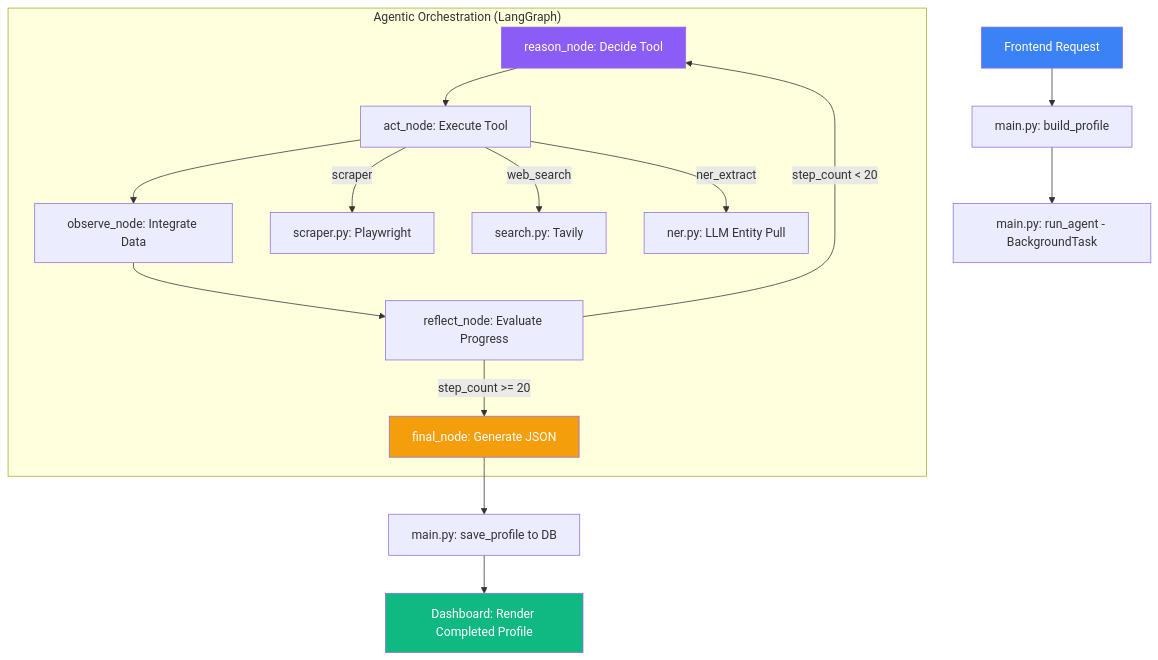
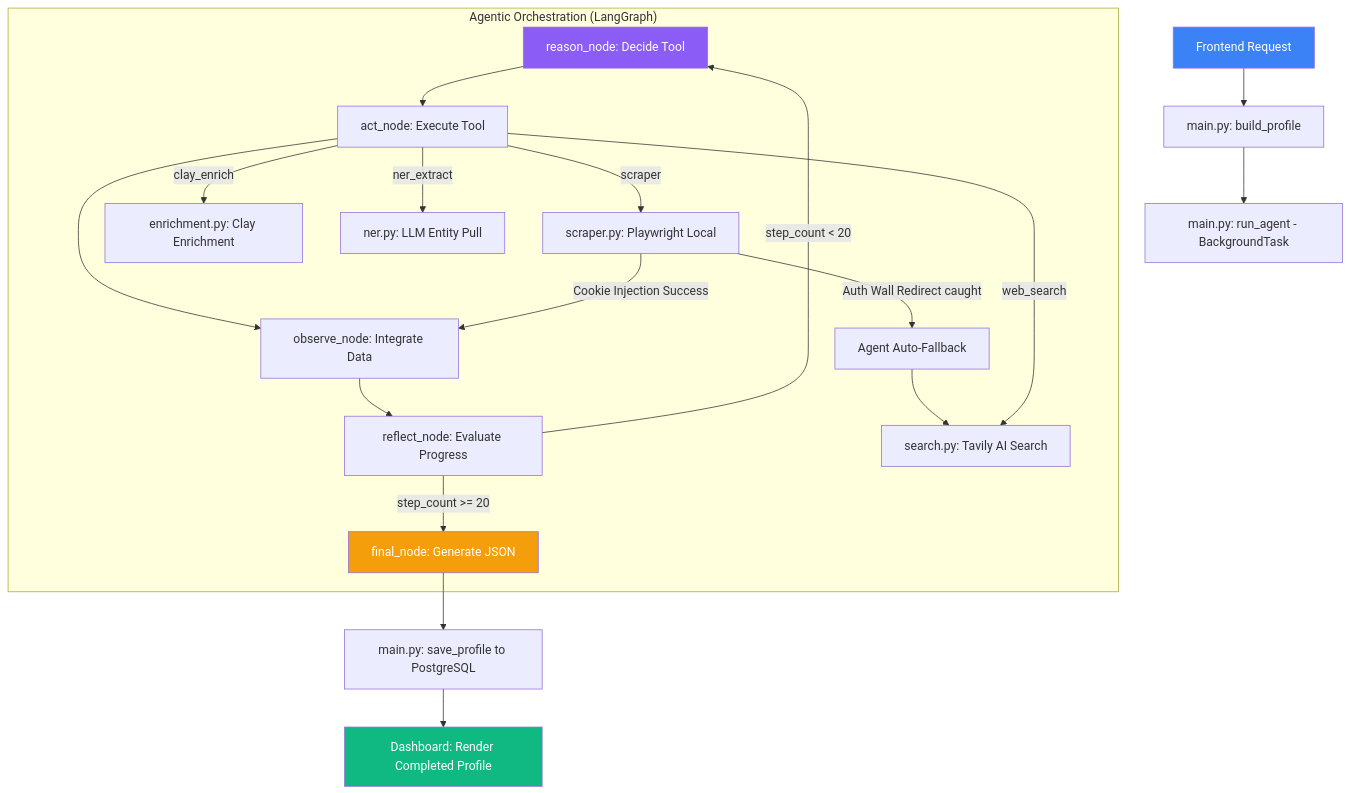
The diagram in PROJECT_WORKFLOW.md (nandhini9074-create/Agentic-AI), drawn with Mermaid before and after one commit. The commit also changed other lines of this file and 12 other files, not shown here.

````diff
--- a/PROJECT_WORKFLOW.md
+++ b/PROJECT_WORKFLOW.md
@@ -56,32 +31,37 @@
 ```mermaid
 graph TD
     %% Entry Point
     Start[Frontend Request] --> API[main.py: build_profile]
     API --> BG[main.py: run_agent - BackgroundTask]
     
     %% The Loop
     subgraph "Agentic Orchestration (LangGraph)"
         R[reason_node: Decide Tool] --> Act[act_node: Execute Tool]
         Act --> Obs[observe_node: Integrate Data]
         Obs --> Ref[reflect_node: Evaluate Progress]
         
         %% Tool Branching
-        Act -->|scraper| S[scraper.py: Playwright]
-        Act -->|web_search| W[search.py: Tavily]
+        Act -->|scraper| S[scraper.py: Playwright Local]
+        S -->|Cookie Injection Success| Obs
+        S -->|Auth Wall Redirect caught| Fallback[Agent Auto-Fallback]
+        Fallback --> W
+        
+        Act -->|web_search| W[search.py: Tavily AI Search]
+        Act -->|clay_enrich| C[enrichment.py: Clay Enrichment]
         Act -->|ner_extract| N[ner.py: LLM Entity Pull]
         
         %% Loop or End
         Ref -->|step_count < 20| R
         Ref -->|step_count >= 20| F[final_node: Generate JSON]
     end
     
     %% Finalization
-    F --> Save[main.py: save_profile to DB]
+    F --> Save[main.py: save_profile to PostgreSQL]
     Save --> End[Dashboard: Render Completed Profile]
     
     %% Styling
     style Start fill:#3b82f6,color:#fff
     style End fill:#10b981,color:#fff
     style R fill:#8b5cf6,color:#fff
     style F fill:#f59e0b,color:#fff
 ```
````
